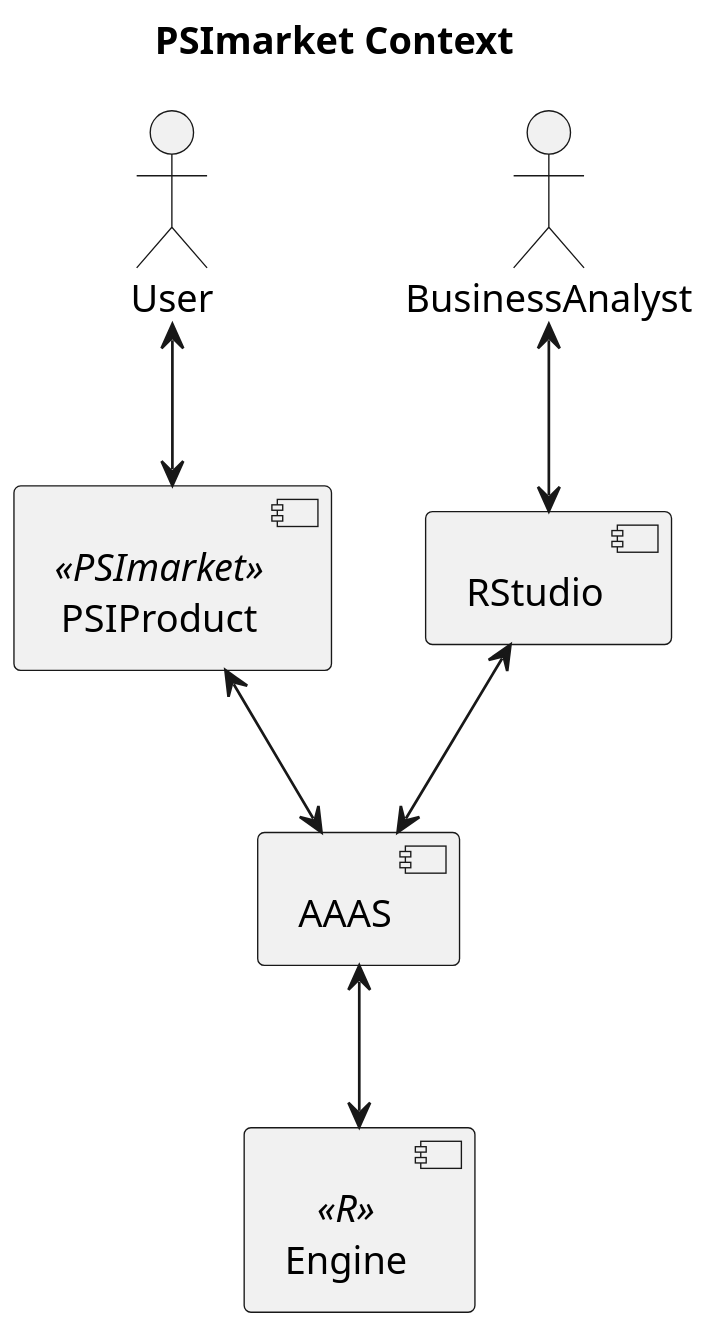
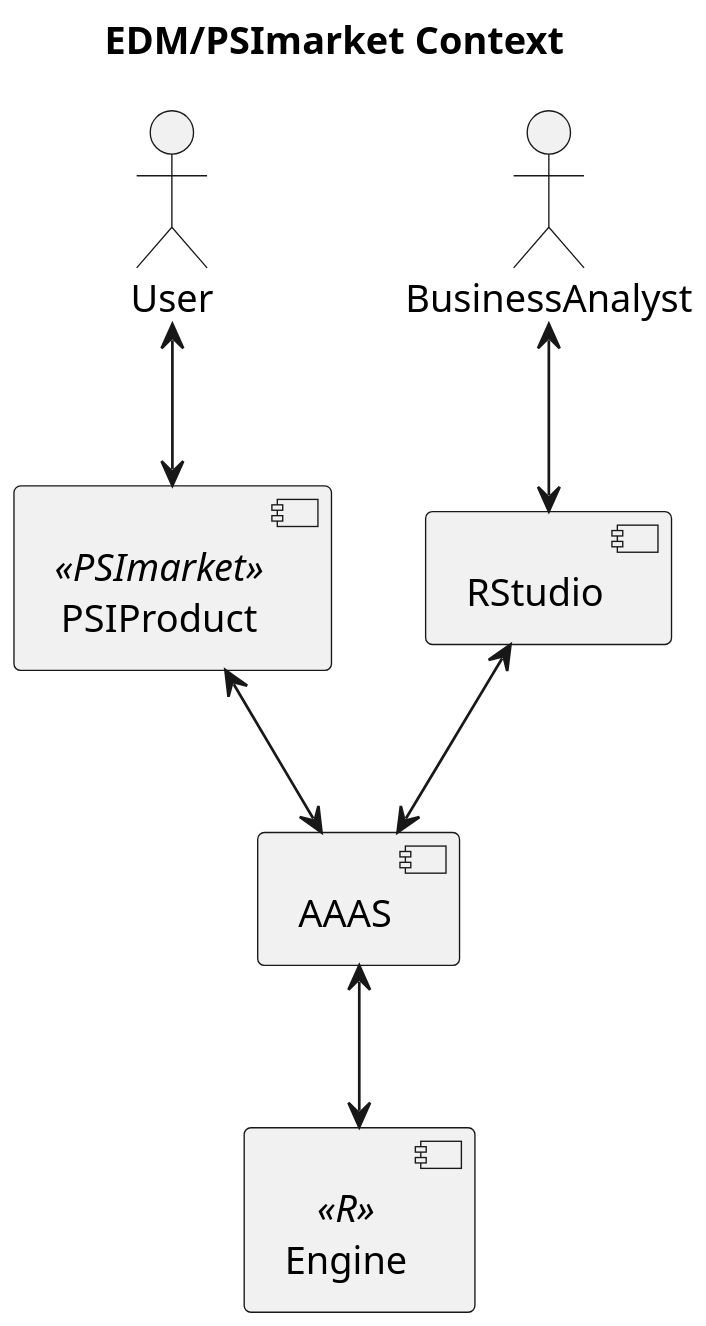
Before and after one commit to PSI-Polska/aaas-java6: the diagram in doc/4c/1.1 EDM context.plantuml, drawn with PlantUML. The commit also changed 10 other files, not shown here.

```diff
--- a/doc/4c/1.1 EDM context.plantuml
+++ b/doc/4c/1.1 EDM context.plantuml
@@ -1,20 +1,20 @@
 @startuml
 skinparam dpi 200
 skinparam backgroundColor transparent
 
-title PSImarket Context
+title EDM/PSImarket Context
 
 actor User
 actor BusinessAnalyst as BA
 component PSIProduct as PSI <<PSImarket>>
 component RStudio as rstdio
 component AAAS as 3as
 component Engine as engine <<R>>
 
 User <--> PSI
 BA <--> rstdio
 PSI <--> 3as
 rstdio <--> 3as
 3as <--> engine
 
 @enduml
```
